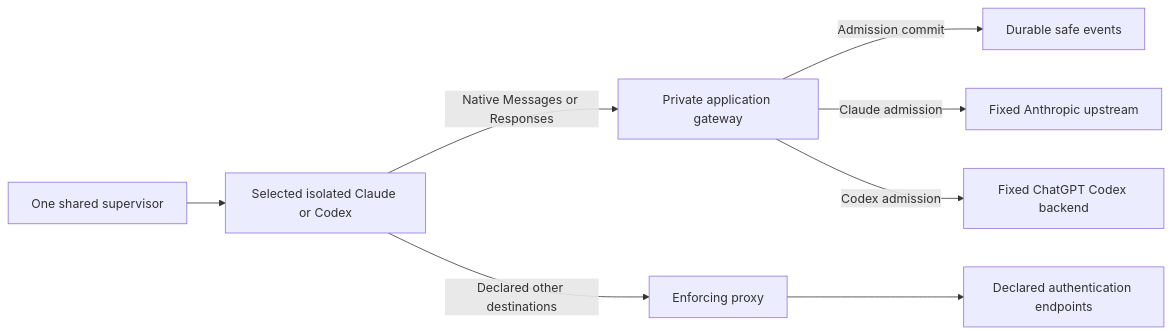
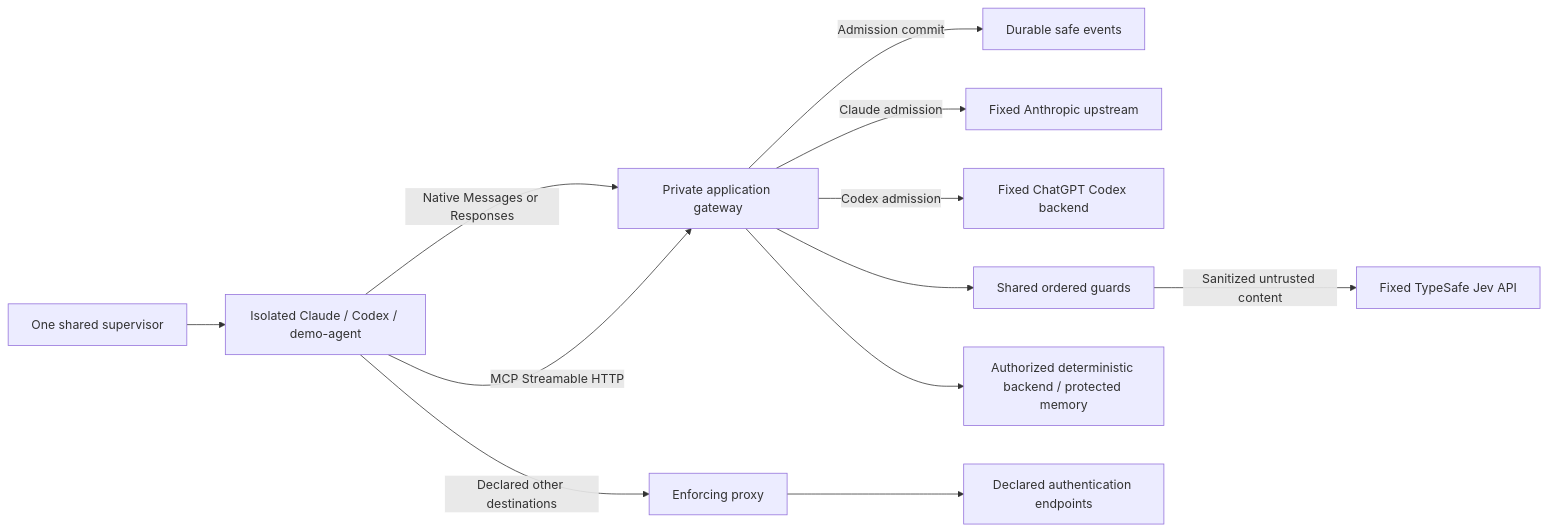
The first of 2 diagrams in ARCHITECTURE.md (dmitrykitty/ai-ctrl), drawn with Mermaid before and after one commit. The commit also changed other lines of this file and 8 other files, not shown here.

````diff
--- a/ARCHITECTURE.md
+++ b/ARCHITECTURE.md
@@ -7,10 +7,14 @@
 ```mermaid
 flowchart LR
-    Host[One shared supervisor] --> Agent[Selected isolated Claude or Codex]
+    Host[One shared supervisor] --> Agent[Isolated Claude / Codex / demo-agent]
     Agent -->|Native Messages or Responses| Gateway[Private application gateway]
     Agent -->|Declared other destinations| Proxy[Enforcing proxy]
     Gateway -->|Admission commit| SQLite[Durable safe events]
     Gateway -->|Claude admission| Anthropic[Fixed Anthropic upstream]
     Gateway -->|Codex admission| ChatGPT[Fixed ChatGPT Codex backend]
+    Agent -->|MCP Streamable HTTP| Gateway
+    Gateway --> Guards[Shared ordered guards]
+    Guards -->|Sanitized untrusted content| Jev[Fixed TypeSafe Jev API]
+    Gateway --> MCP[Authorized deterministic backend / protected memory]
     Proxy --> Auth[Declared authentication endpoints]
 ```
````
